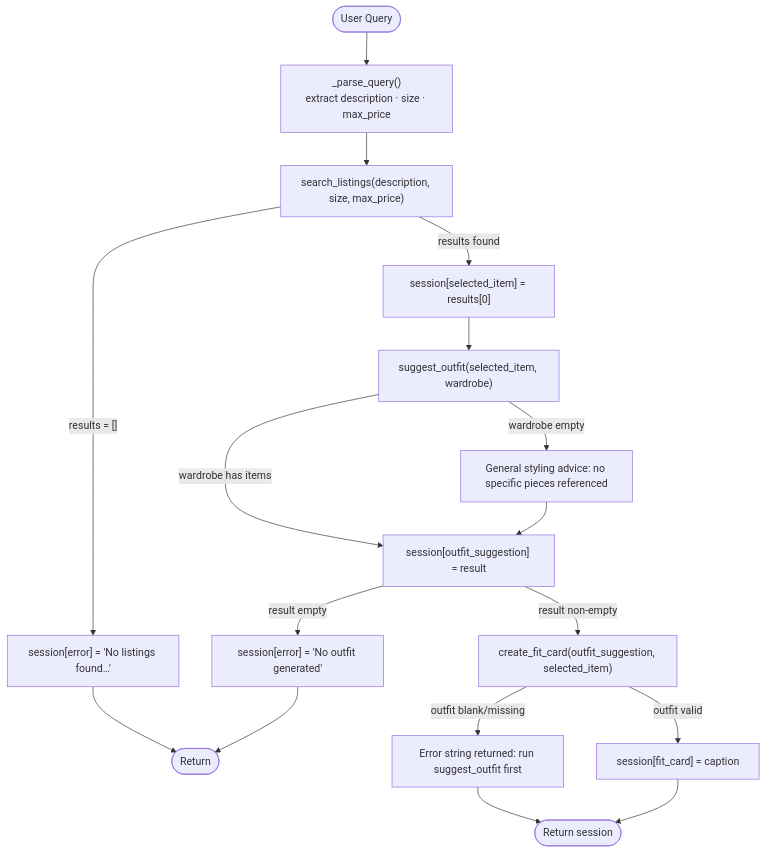
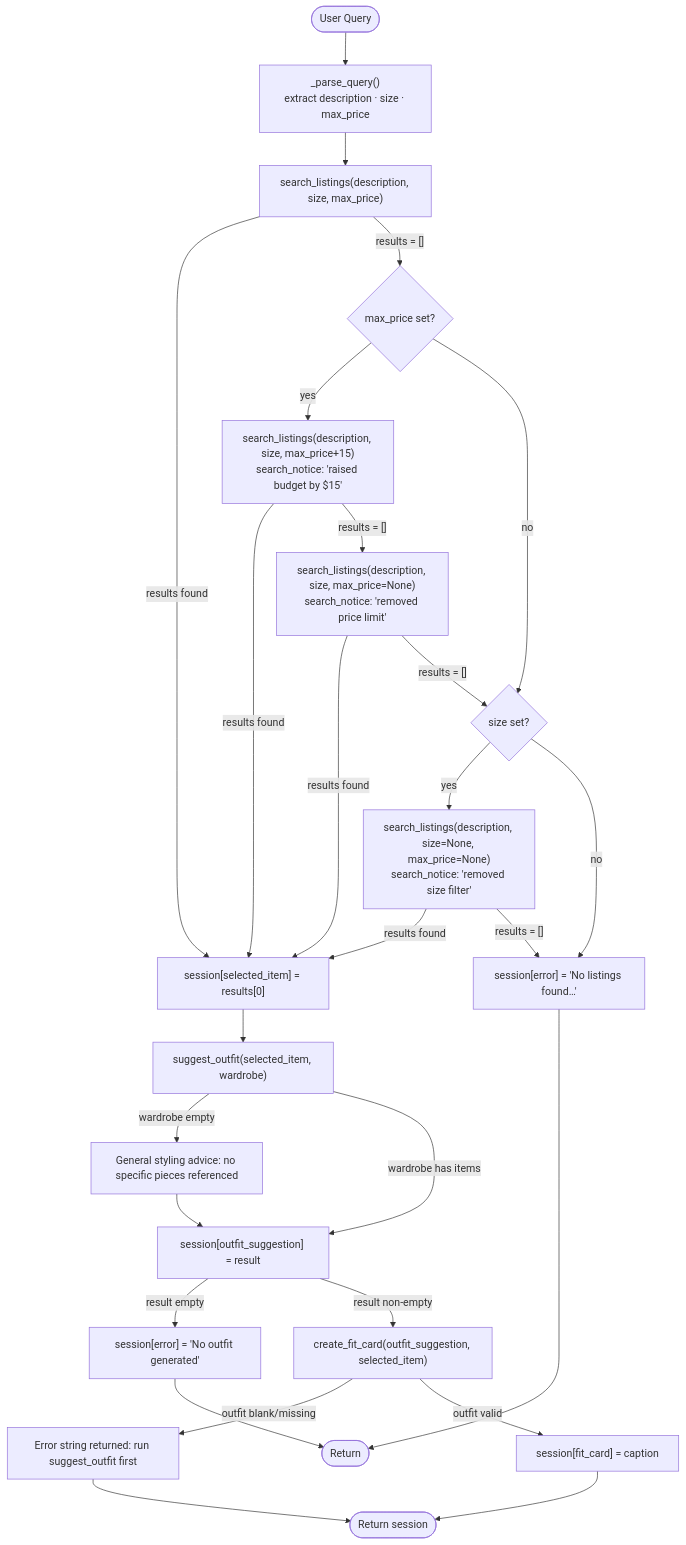
The diagram in planning.md (Rubey4112/ai201-project2-fitfindr-starter), drawn with Mermaid before and after one commit. The commit also changed other lines of this file, not shown here.

Commit message:
docs: agent now retry when search_listings return no result

````diff
--- a/planning.md
+++ b/planning.md
@@ -176,26 +181,41 @@
 ```mermaid
 flowchart TD
     A([User Query]) --> P["_parse_query()\nextract description · size · max_price"]
 
     P --> C["search_listings(description, size, max_price)"]
 
-    C -- "results = []" --> D["session[error] = 'No listings found…'"]
+    C -- "results found" --> F["session[selected_item] = results[0]"]
+
+    C -- "results = []" --> R1{"max_price set?"}
+    R1 -- "yes" --> C1["search_listings(description, size, max_price+15)\nsearch_notice: 'raised budget by $15'"]
+    R1 -- "no" --> R3{"size set?"}
+
+    C1 -- "results found" --> F
+    C1 -- "results = []" --> R2["search_listings(description, size, max_price=None)\nsearch_notice: 'removed price limit'"]
+
+    R2 -- "results found" --> F
+    R2 -- "results = []" --> R3
+
+    R3 -- "yes" --> C3["search_listings(description, size=None, max_price=None)\nsearch_notice: 'removed size filter'"]
+    R3 -- "no" --> D["session[error] = 'No listings found…'"]
+
+    C3 -- "results found" --> F
+    C3 -- "results = []" --> D
     D --> Z([Return])
 
-    C -- "results found" --> F["session[selected_item] = results[0]"]
     F --> G["suggest_outfit(selected_item, wardrobe)"]
 
     G -- "wardrobe empty" --> L["General styling advice: no specific pieces referenced"]
     G -- "wardrobe has items" --> H["session[outfit_suggestion] = result"]
     L --> H
 
     H -- "result empty" --> ERR["session[error] = 'No outfit generated'"]
     ERR --> Z
 
     H -- "result non-empty" --> I["create_fit_card(outfit_suggestion, selected_item)"]
     I -- "outfit blank/missing" --> M["Error string returned: run suggest_outfit first"]
     I -- "outfit valid" --> J["session[fit_card] = caption"]
 
     M --> K([Return session])
     J --> K
 ```
````
